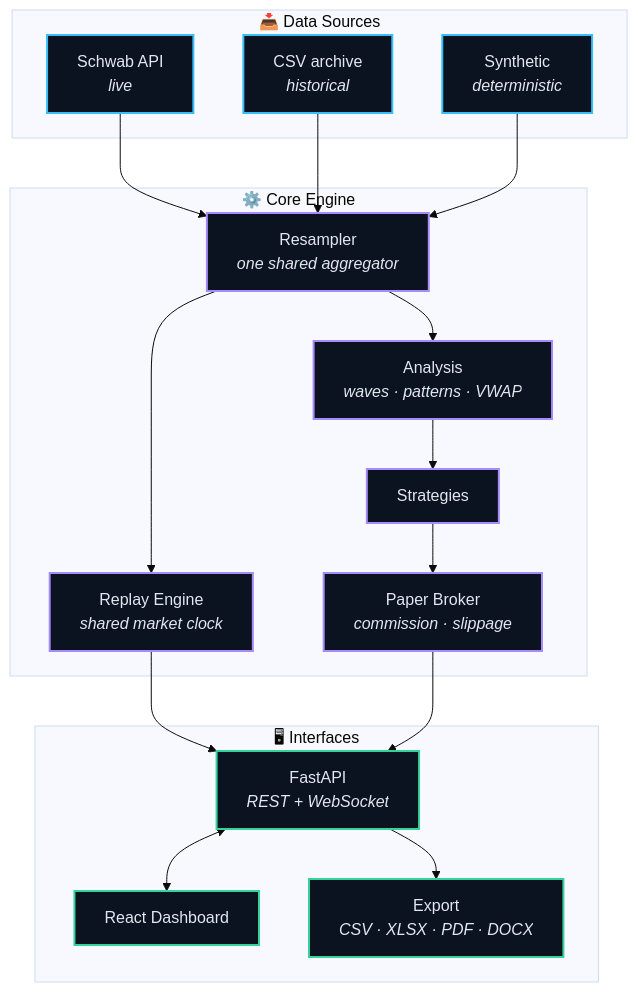
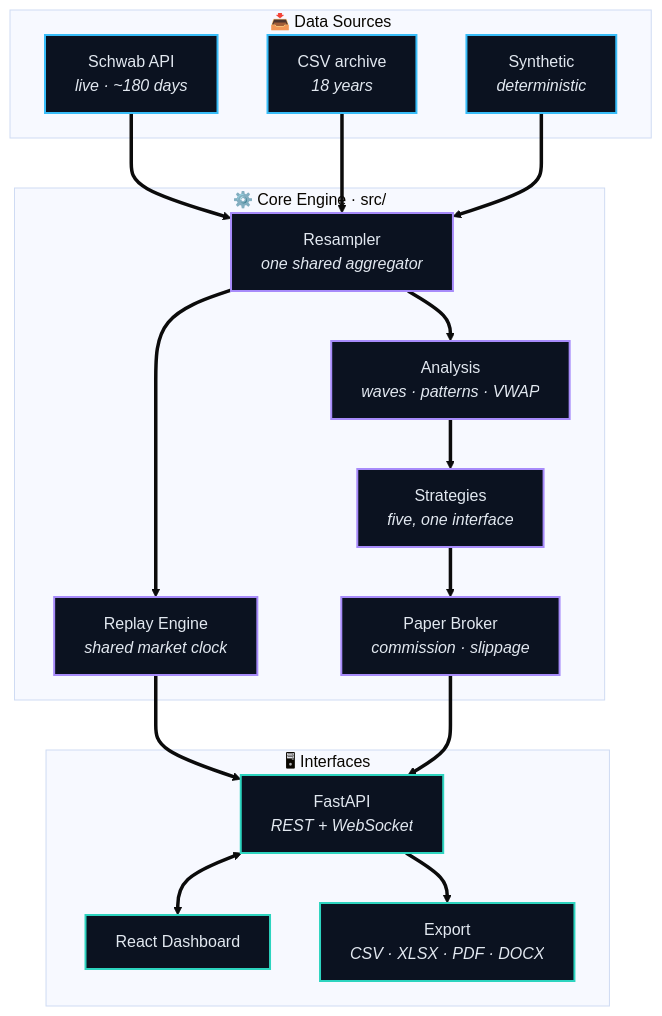
The second of 6 diagrams in README.md (wealthwise-advisors/trading-platform), drawn with Mermaid (base theme) before and after one commit. The commit also changed other lines of this file and 2 other files, not shown here.

First line of the commit message:
Rework the README: animated diagrams, a real folder structure, a rewritten opening

````diff
--- a/README.md
+++ b/README.md
@@ -198,39 +298,39 @@
 ```mermaid
 flowchart TB
     subgraph SRC["📥 Data Sources"]
-        SCH["Schwab API<br/><i>live</i>"]
-        CSV["CSV archive<br/><i>historical</i>"]
+        SCH["Schwab API<br/><i>live · ~180 days</i>"]
+        CSV["CSV archive<br/><i>18 years</i>"]
         SYN["Synthetic<br/><i>deterministic</i>"]
     end
 
-    subgraph CORE["⚙️ Core Engine"]
+    subgraph CORE["⚙️ Core Engine · src/"]
         RS["Resampler<br/><i>one shared aggregator</i>"]
         AN["Analysis<br/><i>waves · patterns · VWAP</i>"]
-        ST["Strategies"]
+        ST["Strategies<br/><i>five, one interface</i>"]
         BR["Paper Broker<br/><i>commission · slippage</i>"]
         RE["Replay Engine<br/><i>shared market clock</i>"]
     end
 
     subgraph IF["🖥 Interfaces"]
         API["FastAPI<br/><i>REST + WebSocket</i>"]
         WEB["React Dashboard"]
         EXP["Export<br/><i>CSV · XLSX · PDF · DOCX</i>"]
     end
 
-    SCH --> RS
-    CSV --> RS
-    SYN --> RS
-    RS --> AN --> ST --> BR
-    RS --> RE
-    RE --> API
-    BR --> API
-    API <--> WEB
-    API --> EXP
+    SCH ==> RS
+    CSV ==> RS
+    SYN ==> RS
+    RS ==> AN ==> ST ==> BR
+    RS ==> RE
+    RE ==> API
+    BR ==> API
+    API <==> WEB
+    API ==> EXP
 
     classDef src  fill:#0b1220,stroke:#38bdf8,stroke-width:2px,color:#e2e8f0
     classDef core fill:#0b1220,stroke:#a78bfa,stroke-width:2px,color:#e2e8f0
-    classDef ifc  fill:#0b1220,stroke:#34d399,stroke-width:2px,color:#e2e8f0
+    classDef ifc  fill:#0b1220,stroke:#2dd4bf,stroke-width:2px,color:#e2e8f0
     class SCH,CSV,SYN src
     class RS,AN,ST,BR,RE core
     class API,WEB,EXP ifc
 ```
````
